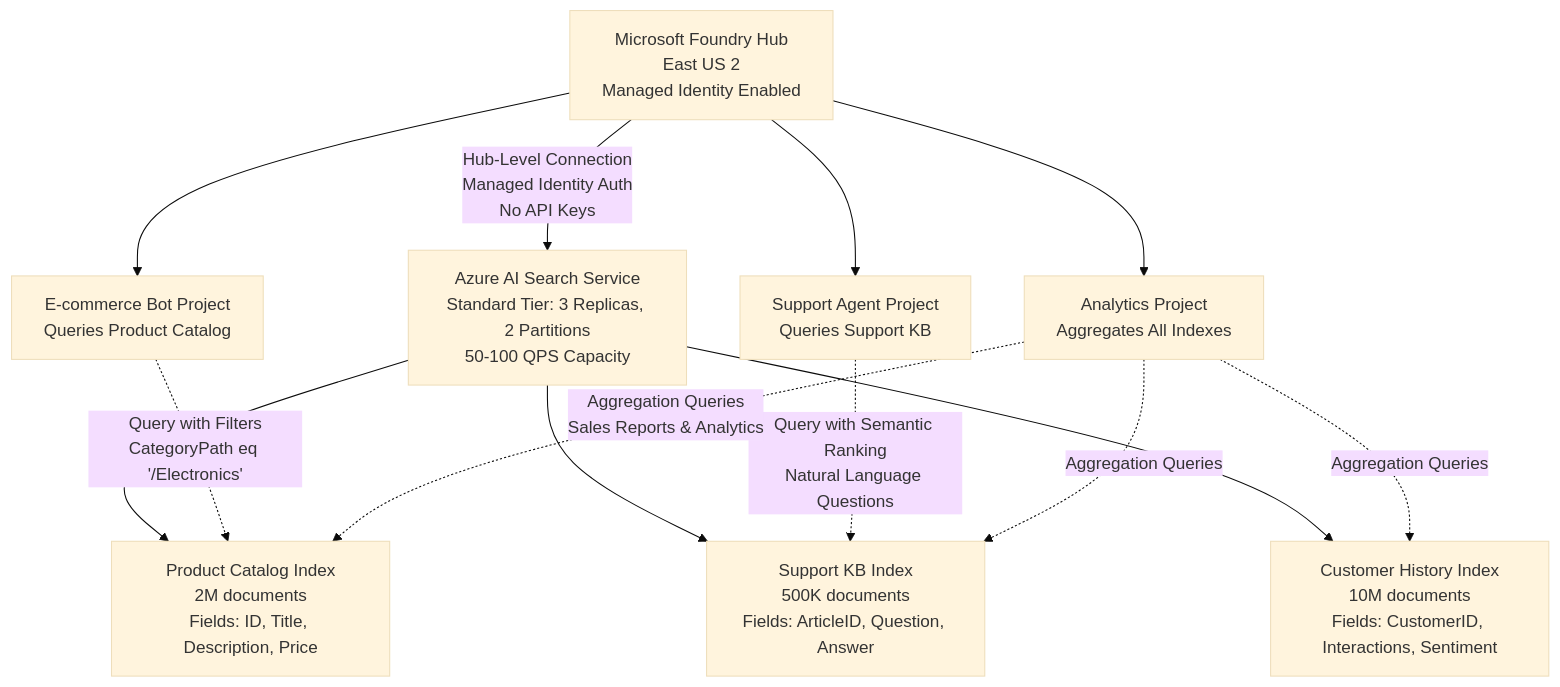
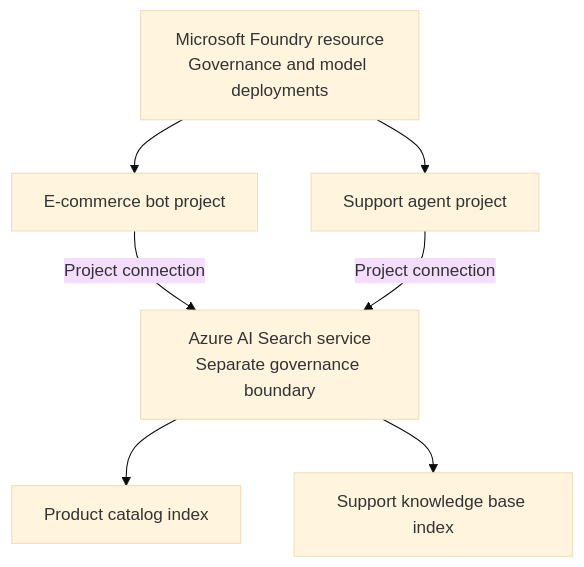
The diagram in learn-pr/wwl-azure/configure-ai-ready-infrastructure-microsoft-foundry/includes/4-implement-hub-level-shared-connections-azure.md (MicrosoftDocs/learn), drawn with Mermaid (base theme) before and after one commit. The commit also changed other lines of this file and 24 other files, not shown here.

````diff
--- a/learn-pr/wwl-azure/configure-ai-ready-infrastructure-microsoft-foundry/includes/4-implement-hub-level-shared-connections-azure.md
+++ b/learn-pr/wwl-azure/configure-ai-ready-infrastructure-microsoft-foundry/includes/4-implement-hub-level-shared-connections-azure.md
@@ -46,24 +47,16 @@
 ```mermaid
 graph TB
-    Hub[Microsoft Foundry Hub<br/>East US 2<br/>Managed Identity Enabled]
-    Search[Azure AI Search Service<br/>Standard Tier: 3 Replicas, 2 Partitions<br/>50-100 QPS Capacity]
-    Index1[Product Catalog Index<br/>2M documents<br/>Fields: ID, Title, Description, Price]
-    Index2[Support KB Index<br/>500K documents<br/>Fields: ArticleID, Question, Answer]
-    Index3[Customer History Index<br/>10M documents<br/>Fields: CustomerID, Interactions, Sentiment]
-    Proj1[E-commerce Bot Project<br/>Queries Product Catalog]
-    Proj2[Support Agent Project<br/>Queries Support KB]
-    Proj3[Analytics Project<br/>Aggregates All Indexes]
-    
-    Hub -->|Hub-Level Connection<br/>Managed Identity Auth<br/>No API Keys| Search
+    Resource[Microsoft Foundry resource<br/>Governance and model deployments]
+    Proj1[E-commerce bot project]
+    Proj2[Support agent project]
+    Search[Azure AI Search service<br/>Separate governance boundary]
+    Index1[Product catalog index]
+    Index2[Support knowledge base index]
+
+    Resource --> Proj1
+    Resource --> Proj2
+    Proj1 -->|Project connection| Search
+    Proj2 -->|Project connection| Search
     Search --> Index1
     Search --> Index2
-    Search --> Index3
-    Hub --> Proj1
-    Hub --> Proj2
-    Hub --> Proj3
-    Proj1 -.Query with Filters<br/>CategoryPath eq '/Electronics'.-> Index1
-    Proj2 -.Query with Semantic Ranking<br/>Natural Language Questions.-> Index2
-    Proj3 -.Aggregation Queries<br/>Sales Reports & Analytics.-> Index1
-    Proj3 -.Aggregation Queries.-> Index2
-    Proj3 -.Aggregation Queries.-> Index3
 ```
````
